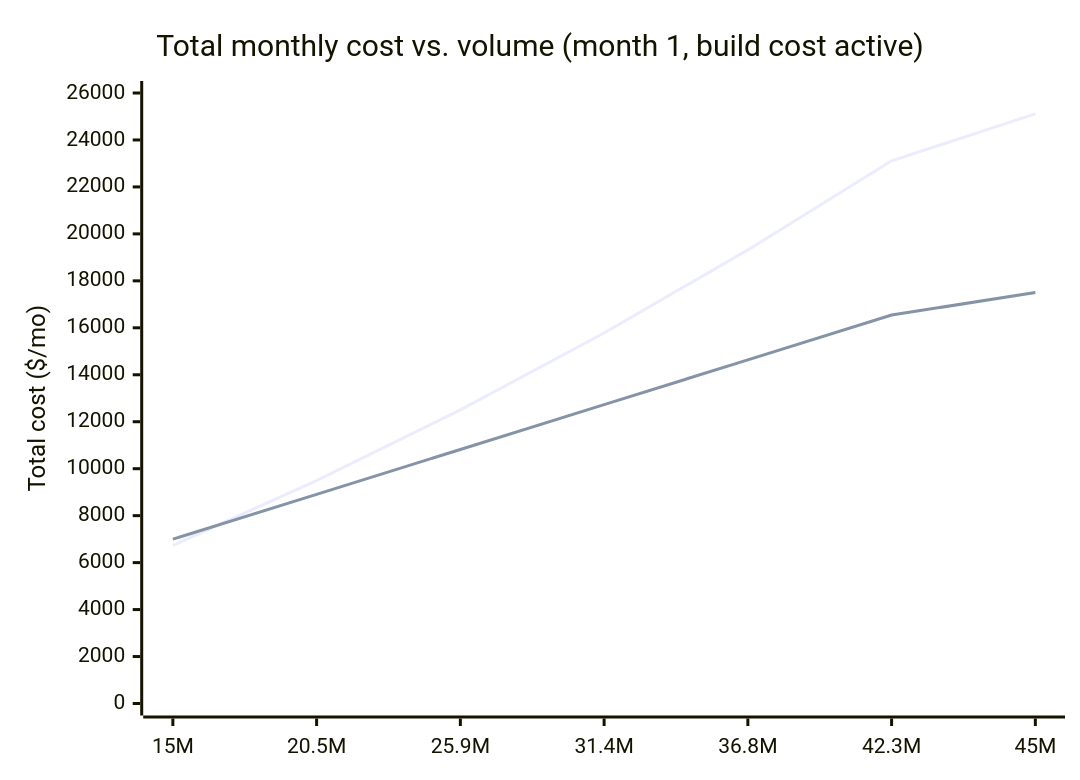
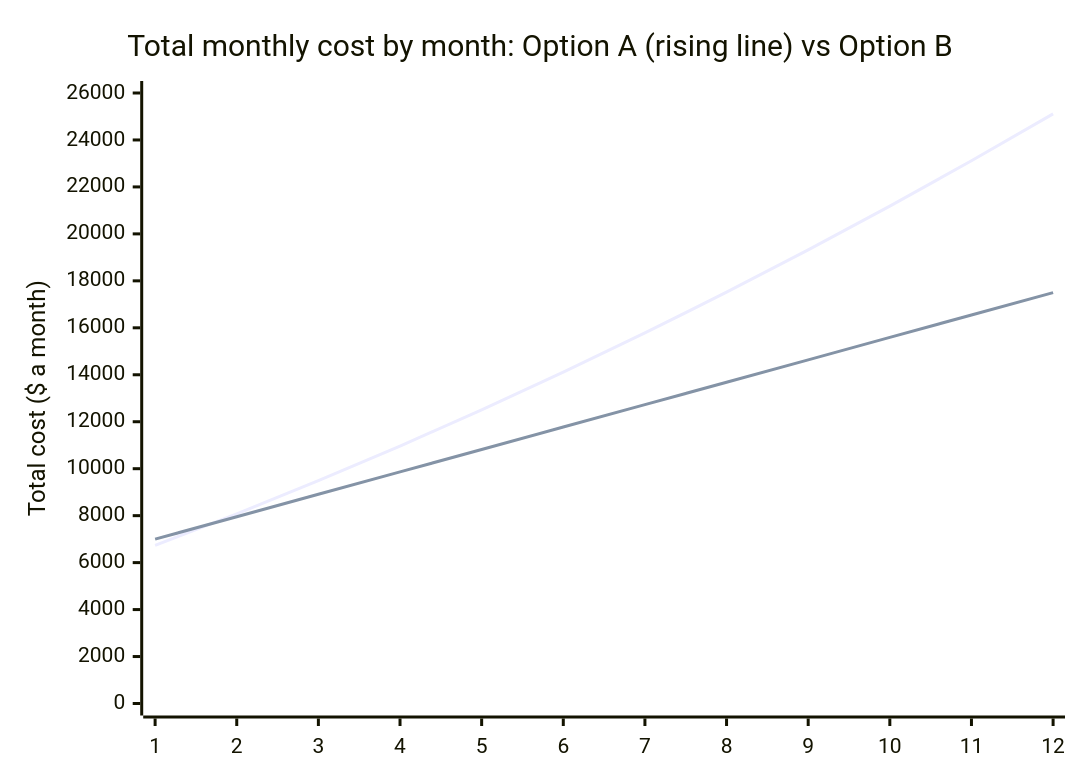
One commit to francoandreDev/knowledge changed the second of 2 diagrams in src/content/applied-math/quantitative-modeling-design-decisions/L2-concept.mdx. Above: the diagram before and after it, drawn with Mermaid. The commit also changed other lines of this file and 3 other files, not shown here.

````diff
--- a/src/content/applied-math/quantitative-modeling-design-decisions/L2-concept.mdx
+++ b/src/content/applied-math/quantitative-modeling-design-decisions/L2-concept.mdx
@@ -115,8 +112,8 @@
 ```mermaid
 xychart-beta
-    title "Total monthly cost vs. volume (month 1, build cost active)"
-    x-axis ["15M", "20.5M", "25.9M", "31.4M", "36.8M", "42.3M", "45M"]
-    y-axis "Total cost ($/mo)" 0 --> 26000
-    line [6734, 9490, 12505, 15780, 19317, 23114, 25109]
-    line [7000, 8909, 10818, 12727, 14636, 16545, 17500]
+    title "Total monthly cost by month: Option A (rising line) vs Option B"
+    x-axis [1, 2, 3, 4, 5, 6, 7, 8, 9, 10, 11, 12]
+    y-axis "Total cost ($ a month)" 0 --> 26000
+    line [6734, 8079, 9490, 10965, 12505, 14110, 15781, 17516, 19317, 21183, 23114, 25109]
+    line [7000, 7955, 8909, 9864, 10818, 11773, 12727, 13682, 14636, 15591, 16545, 17500]
 ```
````
